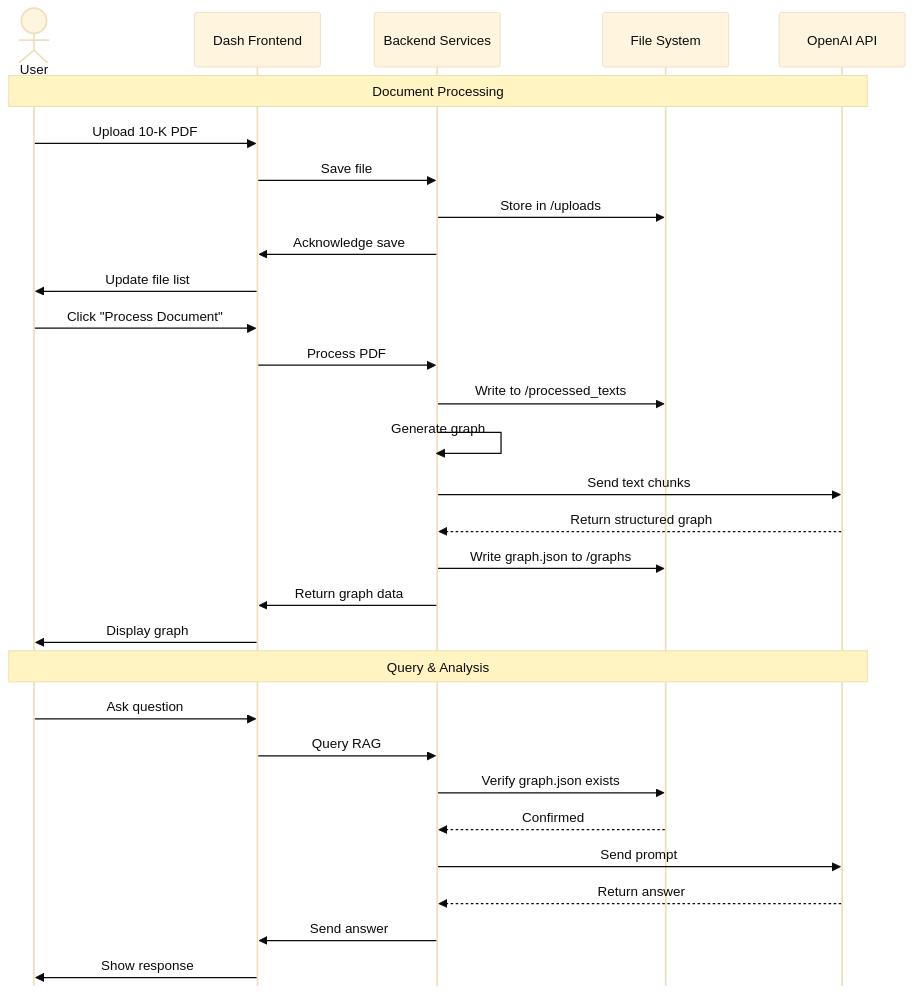
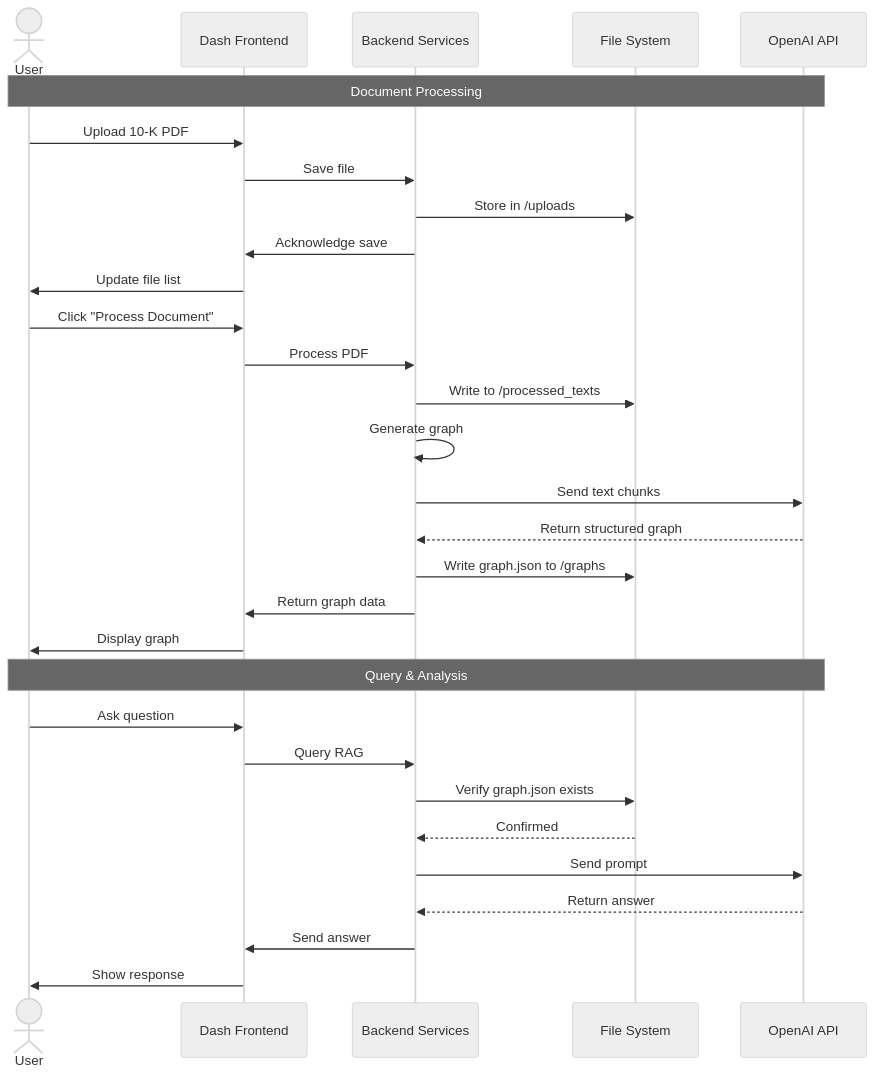
Before and after one commit to Rogan-afk/Fom10k_Graph_RAG_Analyzer: the second of 2 diagrams in README.md, drawn with Mermaid. The commit also changed other lines of this file, not shown here.

````diff
--- a/README.md
+++ b/README.md
@@ -136,56 +125,36 @@
 ```mermaid
-%%{init: {
-  "theme": "base",
-  "themeVariables": {
-    "background": "white",
-    "primaryTextColor": "#0B0B0B",
-    "textColor": "#0B0B0B",
-    "lineColor": "#0B0B0B",
-    "fontSize": "16px",
-    "fontFamily": "Inter, Segoe UI, Roboto, Arial, sans-serif",
-    "noteBkgColor": "#FFF4C2",
-    "noteTextColor": "#0B0B0B",
-    "activationBkgColor": "#FFFFFF",
-    "activationBorderColor": "#0B0B0B"
-  },
-  "sequence": {
-    "mirrorActors": false,
-    "rightAngles": true,
-    "showSequenceNumbers": false,
-    "actorMargin": 60
-  }
-}}%%
+%%{init: {"theme": "neutral"}}%%
 sequenceDiagram
     actor User
     participant App as Dash Frontend
     participant S as Backend Services
     participant Cache as File System
     participant OpenAI as OpenAI API
 
     Note over User,OpenAI: Document Processing
     User->>App: Upload 10-K PDF
     App->>S: Save file
     S->>Cache: Store in /uploads
     S->>App: Acknowledge save
     App->>User: Update file list
 
     User->>App: Click "Process Document"
     App->>S: Process PDF
     S->>Cache: Write to /processed_texts
     S->>S: Generate graph
     S->>OpenAI: Send text chunks
     OpenAI-->>S: Return structured graph
     S->>Cache: Write graph.json to /graphs
     S->>App: Return graph data
     App->>User: Display graph
 
     Note over User,OpenAI: Query & Analysis
     User->>App: Ask question
     App->>S: Query RAG
     S->>Cache: Verify graph.json exists
     Cache-->>S: Confirmed
     S->>OpenAI: Send prompt
     OpenAI-->>S: Return answer
     S->>App: Send answer
     App->>User: Show response
 ```
````
